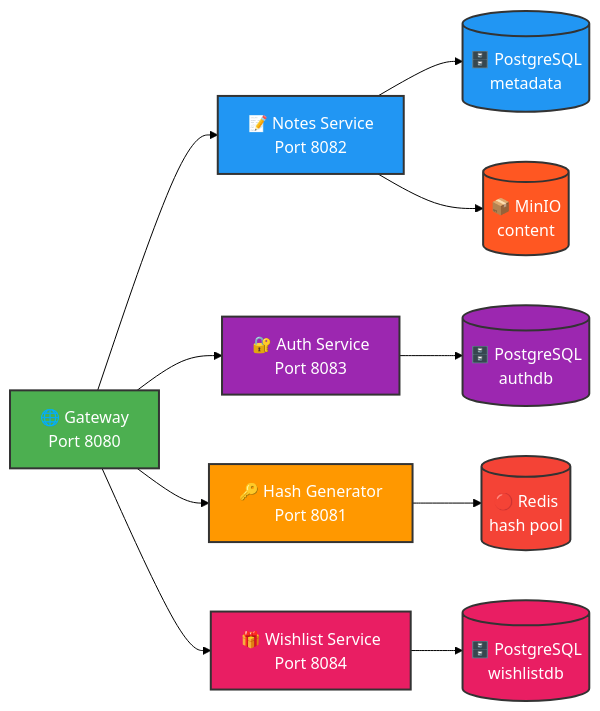
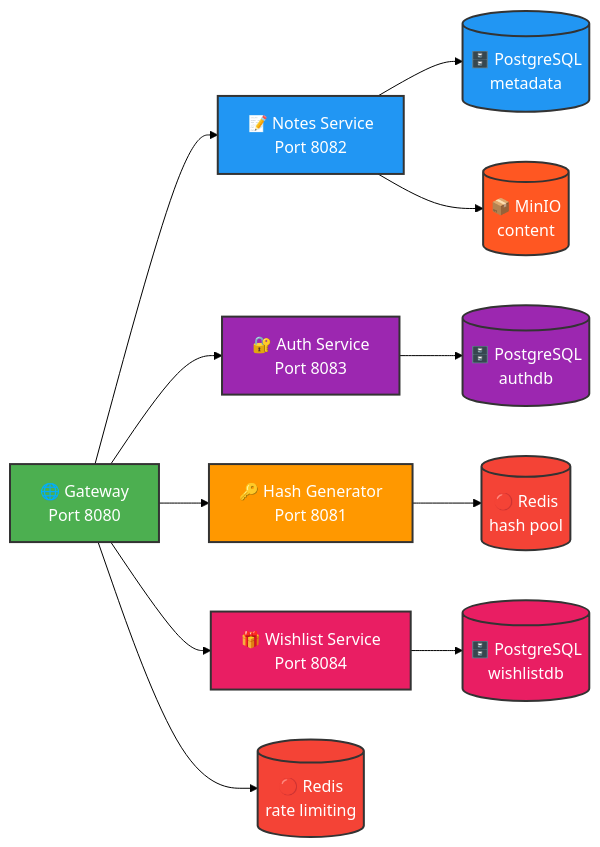
The first of 4 diagrams in README.md (EternalEffy/wishly-platform), drawn with Mermaid (forest theme) before and after one commit. The commit also changed other lines of this file, not shown here.

````diff
--- a/README.md
+++ b/README.md
@@ -16,23 +16,25 @@
 ```mermaid
 graph LR
     G[🌐 Gateway<br/>Port 8080] --> NS[📝 Notes Service<br/>Port 8082]
     G --> AS[🔐 Auth Service<br/>Port 8083]
     G --> HS[🔑 Hash Generator<br/>Port 8081]
     G --> WS[🎁 Wishlist Service<br/>Port 8084]
     NS --> DB[(🗄️ PostgreSQL<br/>metadata)]
     NS --> MO[(📦 MinIO<br/>content)]
     AS --> AUTHDB[(🗄️ PostgreSQL<br/>authdb)]
     HS --> RD[(🔴 Redis<br/>hash pool)]
     WS --> WDB[(🗄️ PostgreSQL<br/>wishlistdb)]
+    G --> RDG[(🔴 Redis<br/>rate limiting)]
     
     style G fill:#4CAF50,stroke:#333,stroke-width:2px,color:white
     style NS fill:#2196F3,stroke:#333,stroke-width:2px,color:white
     style HS fill:#FF9800,stroke:#333,stroke-width:2px,color:white
     style AS fill:#9C27B0,stroke:#333,stroke-width:2px,color:white
     style WS fill:#E91E63,stroke:#333,stroke-width:2px,color:white
     style AUTHDB fill:#9C27B0,stroke:#333,stroke-width:2px,color:white
     style DB fill:#2196F3,stroke:#333,stroke-width:2px,color:white
     style MO fill:#FF5722,stroke:#333,stroke-width:2px,color:white
     style RD fill:#F44336,stroke:#333,stroke-width:2px,color:white
     style WDB fill:#E91E63,stroke:#333,stroke-width:2px,color:white
+    style RDG fill:#F44336,stroke:#333,stroke-width:2px,color:white
 ```
````
